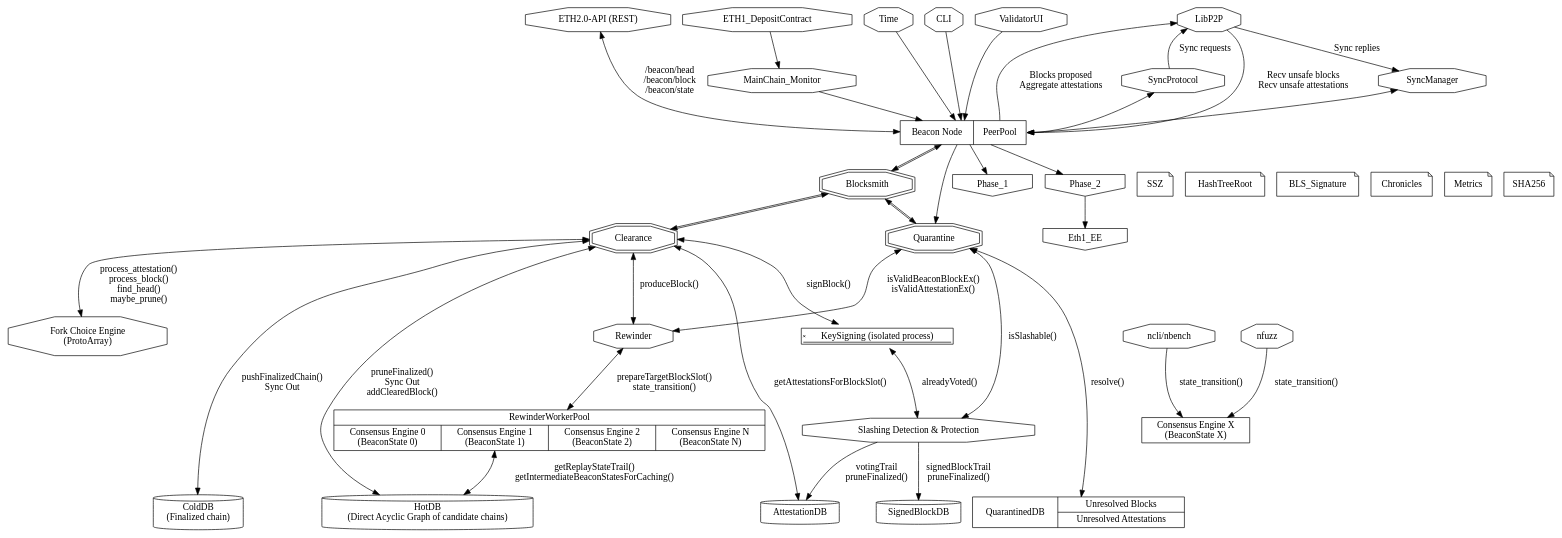
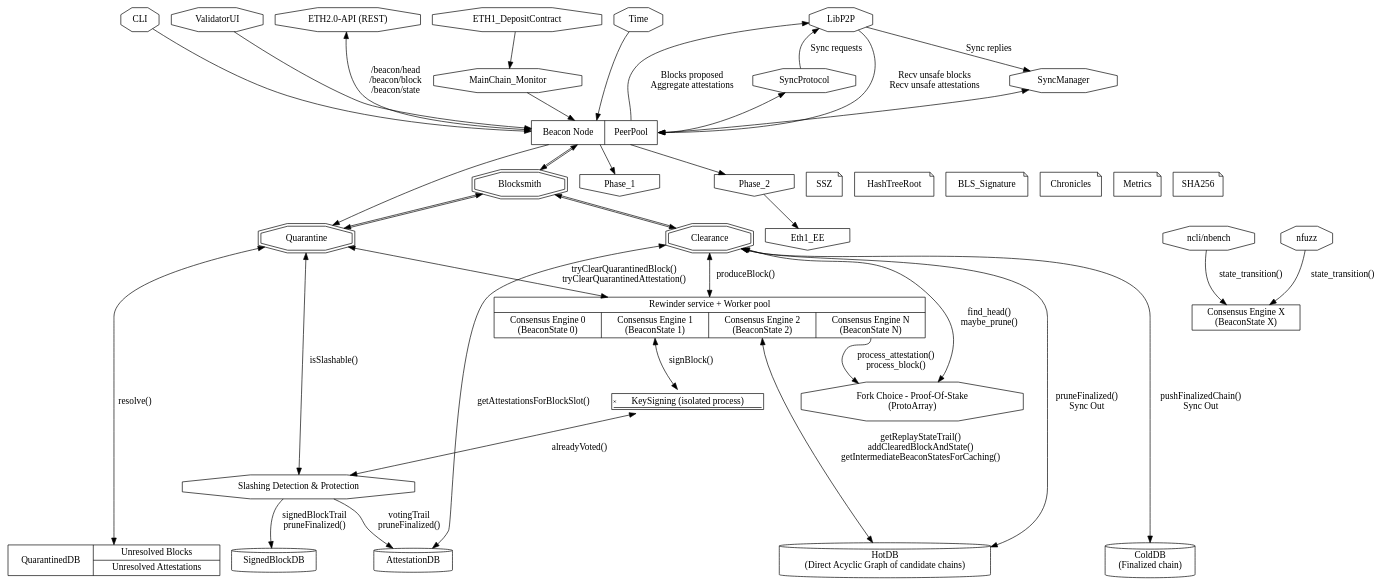
Before and after one commit to mratsim/blocksmith: the diagram in architecture_phase0.dot, drawn with Graphviz. The commit also changed 3 other files, not shown here.

Commit message:
Reorg: Clearance delegates KeySigning and integrating blocks and attestation to the fork choice to the Rewinder service

```diff
--- a/architecture_phase0.dot
+++ b/architecture_phase0.dot
@@ -1,84 +1,84 @@
 digraph architecture{
   node [shape = signature]; KeySigning [label="KeySigning (isolated process)"];
-  node [shape = octagon]; SyncManager SyncProtocol MainChain_Monitor Time CLI ValidatorUI Slashing LibP2P ETH2_API ncli nfuzz Rewinder ForkChoice;
+  node [shape = octagon]; SyncManager SyncProtocol MainChain_Monitor Time CLI ValidatorUI Slashing LibP2P ETH2_API ncli nfuzz ForkChoice;
   ETH2_API [label="ETH2.0-API (REST)"];
   Slashing [label="Slashing Detection & Protection"];
-  ForkChoice [label="Fork Choice Engine\n(ProtoArray)"];
+  ForkChoice [label="Fork Choice - Proof-Of-Stake\n(ProtoArray)"];
   {rank = source; ETH1_DepositContract LibP2P ETH2_API CLI Time ValidatorUI;}
 
   node [shape = record] BeaconNode;
   BeaconNode [label="<nbc>Beacon Node | <PeerPool>PeerPool"]
 
   ncli [label="ncli/nbench"];
   {rank = same; ncli; nfuzz;}
 
   node [shape = doubleoctagon]; Blocksmith Quarantine Clearance;
   node [shape = invhouse]; Phase_1 Phase_2 Eth1_EE;
   node [shape = note] SSZ HashTreeRoot BLS_Signature Chronicles Metrics SHA256
   {rank = same; Blocksmith Phase_1 Phase_2 SSZ HashTreeRoot BLS_Signature Chronicles Metrics SHA256;}
 
   BeaconNode -> Phase_1
   BeaconNode -> Phase_2
   Phase_2 -> Eth1_EE
 
   node [shape = record]; QuarantinedDB;
   QuarantinedDB [label="QuarantinedDB | {Unresolved Blocks | Unresolved Attestations}"];
 
-  node [shape = record]; RewinderWorkerPool;
+  node [shape = record]; Rewinder;
   node [shape = box]; BeaconState_X;
   BeaconState_X [label="Consensus Engine X\n(BeaconState X)"]
 
-  RewinderWorkerPool [label="{RewinderWorkerPool | {<bs0>Consensus Engine 0\n(BeaconState 0)|<bs1>Consensus Engine 1\n(BeaconState 1)|<bs2>Consensus Engine 2\n(BeaconState 2)|<bs3>Consensus Engine N\n(BeaconState N)}}"];
-  {rank = same; RewinderWorkerPool BeaconState_X;}
+  Rewinder [label="{Rewinder service + Worker pool|{<bs0>Consensus Engine 0\n(BeaconState 0)|<bs1>Consensus Engine 1\n(BeaconState 1)|<bs2>Consensus Engine 2\n(BeaconState 2)|<bsN>Consensus Engine N\n(BeaconState N)}}"];
+  {rank = same; Rewinder BeaconState_X;}
 
   node [shape = cylinder]; AttestationDB HotDB ColdDB;
   {rank = sink; AttestationDB SignedBlockDB HotDB ColdDB QuarantinedDB;}
   HotDB [label="HotDB\n(Direct Acyclic Graph of candidate chains)"]
   ColdDB [label="ColdDB\n(Finalized chain)"]
 
   {rank = same; MainChain_Monitor SyncManager SyncProtocol;}
   ETH1_DepositContract -> MainChain_Monitor
   MainChain_Monitor -> BeaconNode
 
   SyncManager -> BeaconNode:PeerPool [dir=both]
   SyncProtocol -> BeaconNode:PeerPool [dir=both]
 
   CLI -> BeaconNode
   ValidatorUI -> BeaconNode
   Time -> BeaconNode
   BeaconNode -> Blocksmith [dir=both color="black:black"]
   BeaconNode -> Quarantine
   Blocksmith -> Quarantine [dir=both color="black:black"]
   Blocksmith -> Clearance [dir=both color="black:black"]
   Quarantine -> QuarantinedDB [dir=both label="resolve()"]
 
   ncli -> BeaconState_X [label="state_transition()"]
   nfuzz -> BeaconState_X [label="state_transition()"]
 
   SyncProtocol -> LibP2P [label="Sync requests"]
   LibP2P -> SyncManager [label="Sync replies"]
 
   LibP2P -> BeaconNode:PeerPool [label="Recv unsafe blocks\nRecv unsafe attestations"]
   BeaconNode:PeerPool -> LibP2P [label="Blocks proposed\nAggregate attestations"]
   ETH2_API -> BeaconNode [dir="both", label="/beacon/head\n/beacon/block\n/beacon/state"]
 
-  Clearance -> ForkChoice [dir="both", label="process_attestation()\nprocess_block()\nfind_head()\nmaybe_prune()"]
+  Clearance -> ForkChoice [dir="both", label="find_head()\nmaybe_prune()"]
+  Rewinder:bsN -> ForkChoice [label="process_attestation()\nprocess_block()"]
 
   Quarantine -> Slashing [dir="both", label="isSlashable()"]
-  Clearance -> KeySigning [dir="both", label="signBlock()"]
+  Rewinder:bs1 -> KeySigning [dir="both", label="signBlock()"]
   KeySigning -> Slashing [dir="both", label="alreadyVoted()"]
   Slashing -> AttestationDB [label="votingTrail\npruneFinalized()"]
   Slashing -> SignedBlockDB [label="signedBlockTrail\npruneFinalized()"]
   Clearance -> AttestationDB [dir="both", label="getAttestationsForBlockSlot()"]
 
-  Clearance -> HotDB [dir="both", label="pruneFinalized()\nSync Out\naddClearedBlock()"]
+  Clearance -> HotDB [dir="both", label="pruneFinalized()\nSync Out"]
 
-  Rewinder -> RewinderWorkerPool [dir="both", label="prepareTargetBlockSlot()\nstate_transition()"]
-  RewinderWorkerPool:bs1 -> HotDB [dir="both", label="getReplayStateTrail()\ngetIntermediateBeaconStatesForCaching()"]
+  Rewinder:bs2 -> HotDB [dir="both", label="getReplayStateTrail()\naddClearedBlockAndState()\ngetIntermediateBeaconStatesForCaching()"]
 
-  Quarantine -> Rewinder [dir="both", label="isValidBeaconBlockEx()\nisValidAttestationEx()"]
+  Quarantine -> Rewinder [dir="both", label="tryClearQuarantinedBlock()\ntryClearQuarantinedAttestation()"]
   Clearance -> Rewinder [dir="both", label="produceBlock()"]
 
 
   Clearance -> ColdDB [dir="both", label="pushFinalizedChain()\nSync Out"]
 }
```
